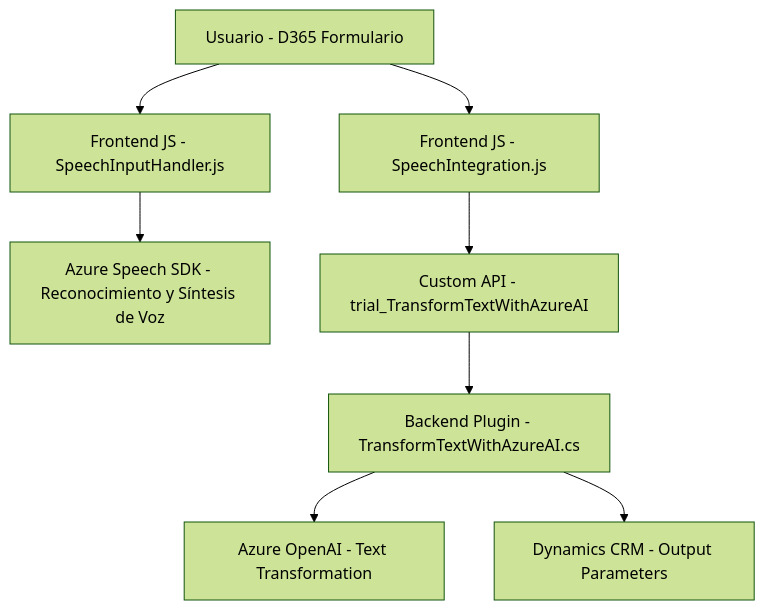
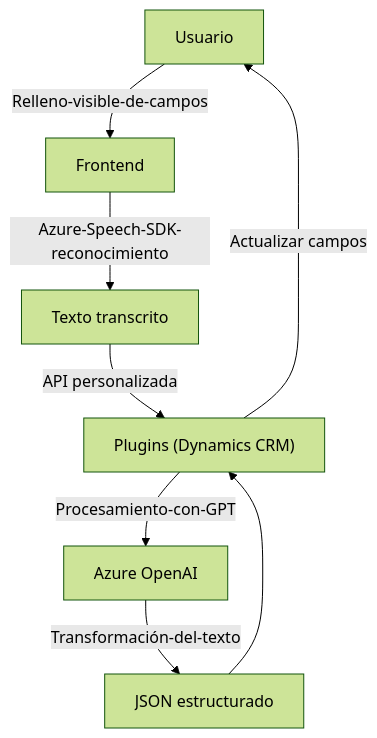
One commit to blopezdm/NETCORE_BILBAO2025 changed the diagram in README.md. Above: the diagram before and after it, drawn with Mermaid (forest theme). The commit also changed other lines of this file, not shown here.

Commit message:
Actualizar análisis global de la solución con IA

````diff
--- a/README.md
+++ b/README.md
@@ -40,10 +45,10 @@
 ```mermaid
 graph TD
-    A["Usuario - D365 Formulario"] --> B["Frontend JS - SpeechInputHandler.js"]
-    A --> C["Frontend JS - SpeechIntegration.js"]
-    B --> D["Azure Speech SDK - Reconocimiento y Síntesis de Voz"]
-    C --> E["Custom API - trial_TransformTextWithAzureAI"]
-    E --> F["Backend Plugin - TransformTextWithAzureAI.cs"]
-    F --> G["Azure OpenAI - Text Transformation"]
-    F --> H["Dynamics CRM - Output Parameters"]
+    A["Usuario - Interacción con formulario CRM"] -->|Relleno-visible-de-campos| B["Frontend"]
+    B["Frontend"] -->|Azure-Speech-SDK-reconocimiento| C["Texto transcrito"]
+    C["Texto transcrito"] -->|API personalizada| D["Plugins (Dynamics CRM)"]
+    D["Plugins (Dynamics CRM)"] -->|Procesamiento-con-GPT| E["Azure OpenAI"]
+    E["Azure OpenAI"] -->|Transformación-del-texto| F["JSON estructurado"]
+    F["JSON estructurado"] --> D["Plugins (Dynamics CRM)"]
+    D["Plugins (Dynamics CRM)"] -->|Actualizar campos| A["Usuario"]
 ```
````
